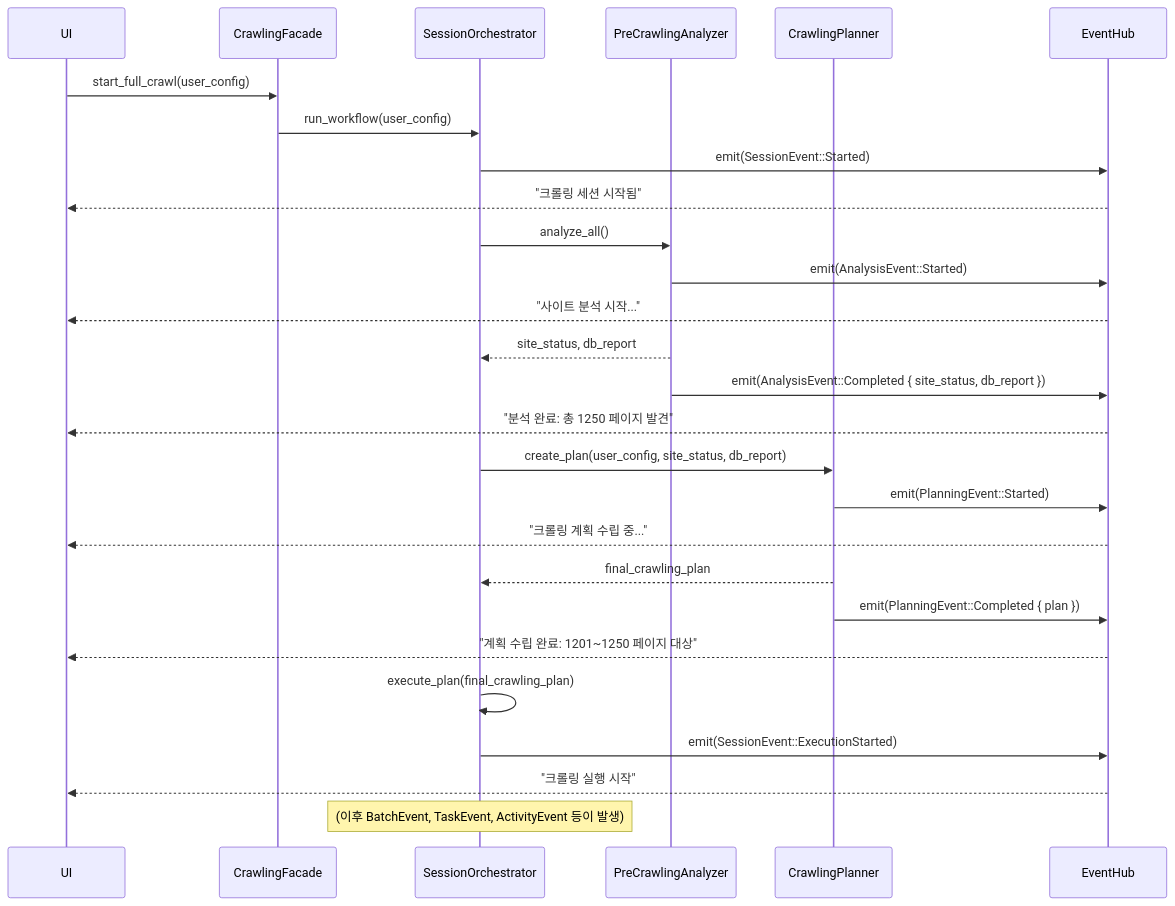
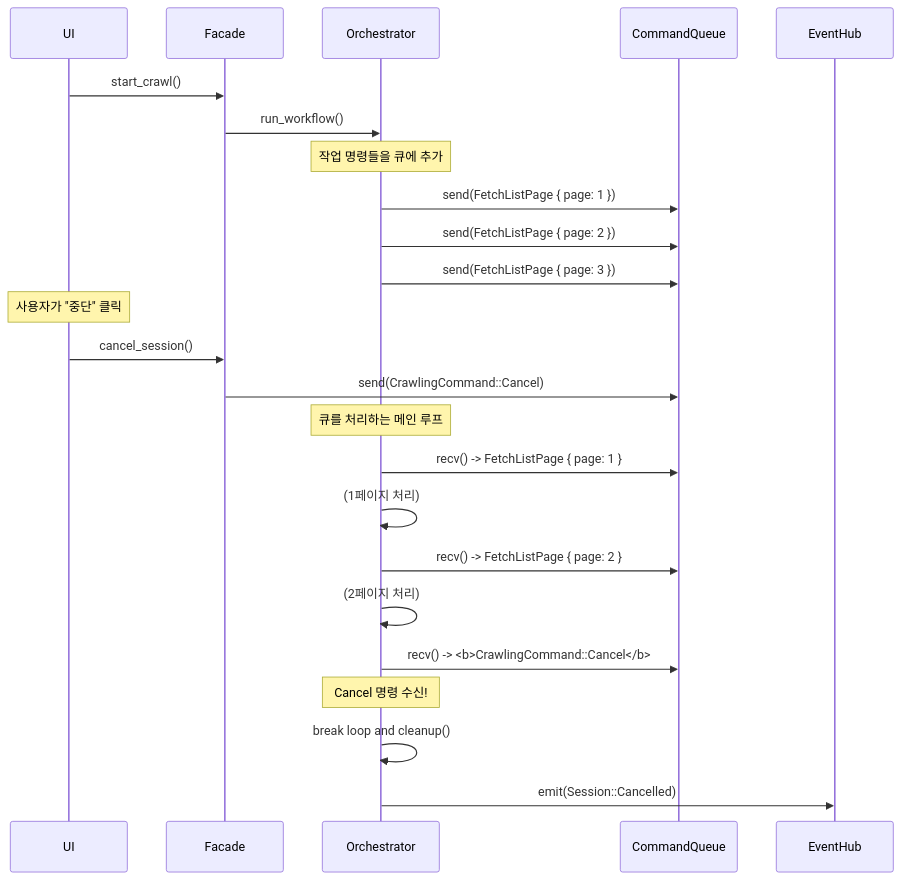
Before and after one commit to Chanseok/rMatterCertis: the second of 2 diagrams in guide/re-arch-plan-r-gem.md, drawn with Mermaid. The commit also changed other lines of this file and 1 other file, not shown here.

Commit message:
refactor: Revise architecture proposal to adopt Command Queue paradigm for improved control flow and user interaction

````diff
--- a/guide/re-arch-plan-r-gem.md
+++ b/guide/re-arch-plan-r-gem.md
@@ -32,34 +59,31 @@
 ```mermaid
 sequenceDiagram
     participant UI
-    participant Facade as CrawlingFacade
-    participant SO as SessionOrchestrator
-    participant Analyzer as PreCrawlingAnalyzer
-    participant Planner as CrawlingPlanner
-    participant EventHub
+    participant Facade
+    participant Orchestrator
+    participant CommandQueue
 
-    UI->>Facade: start_full_crawl(user_config)
-    Facade->>SO: run_workflow(user_config)
-    SO->>EventHub: emit(SessionEvent::Started)
-    EventHub-->>UI: "크롤링 세션 시작됨"
+    UI->>Facade: start_crawl()
+    Facade->>Orchestrator: run_workflow()
+    
+    Note over Orchestrator: 작업 명령들을 큐에 추가
+    Orchestrator->>CommandQueue: send(FetchListPage { page: 1 })
+    Orchestrator->>CommandQueue: send(FetchListPage { page: 2 })
+    Orchestrator->>CommandQueue: send(FetchListPage { page: 3 })
 
-    SO->>Analyzer: analyze_all()
-    Analyzer->>EventHub: emit(AnalysisEvent::Started)
-    EventHub-->>UI: "사이트 분석 시작..."
-    Analyzer-->>SO: site_status, db_report
-    Analyzer->>EventHub: emit(AnalysisEvent::Completed { site_status, db_report })
-    EventHub-->>UI: "분석 완료: 총 1250 페이지 발견"
+    Note over UI: 사용자가 "중단" 클릭
+    UI->>Facade: cancel_session()
+    Facade->>CommandQueue: send(CrawlingCommand::Cancel)
 
-    SO->>Planner: create_plan(user_config, site_status, db_report)
-    Planner->>EventHub: emit(PlanningEvent::Started)
-    EventHub-->>UI: "크롤링 계획 수립 중..."
-    Planner-->>SO: final_crawling_plan
-    Planner->>EventHub: emit(PlanningEvent::Completed { plan })
-    EventHub-->>UI: "계획 수립 완료: 1201~1250 페이지 대상"
+    Note over Orchestrator: 큐를 처리하는 메인 루프
+    Orchestrator->>CommandQueue: recv() -> FetchListPage { page: 1 }
+    Orchestrator->>Orchestrator: (1페이지 처리)
 
-    SO->>SO: execute_plan(final_crawling_plan)
-    SO->>EventHub: emit(SessionEvent::ExecutionStarted)
-    EventHub-->>UI: "크롤링 실행 시작"
-    
-    Note over SO: (이후 BatchEvent, TaskEvent, ActivityEvent 등이 발생)
+    Orchestrator->>CommandQueue: recv() -> FetchListPage { page: 2 }
+    Orchestrator->>Orchestrator: (2페이지 처리)
+
+    Orchestrator->>CommandQueue: recv() -> <b>CrawlingCommand::Cancel</b>
+    Note over Orchestrator: Cancel 명령 수신!
+    Orchestrator->>Orchestrator: break loop and cleanup()
+    Orchestrator->>EventHub: emit(Session::Cancelled)
 ```
````
